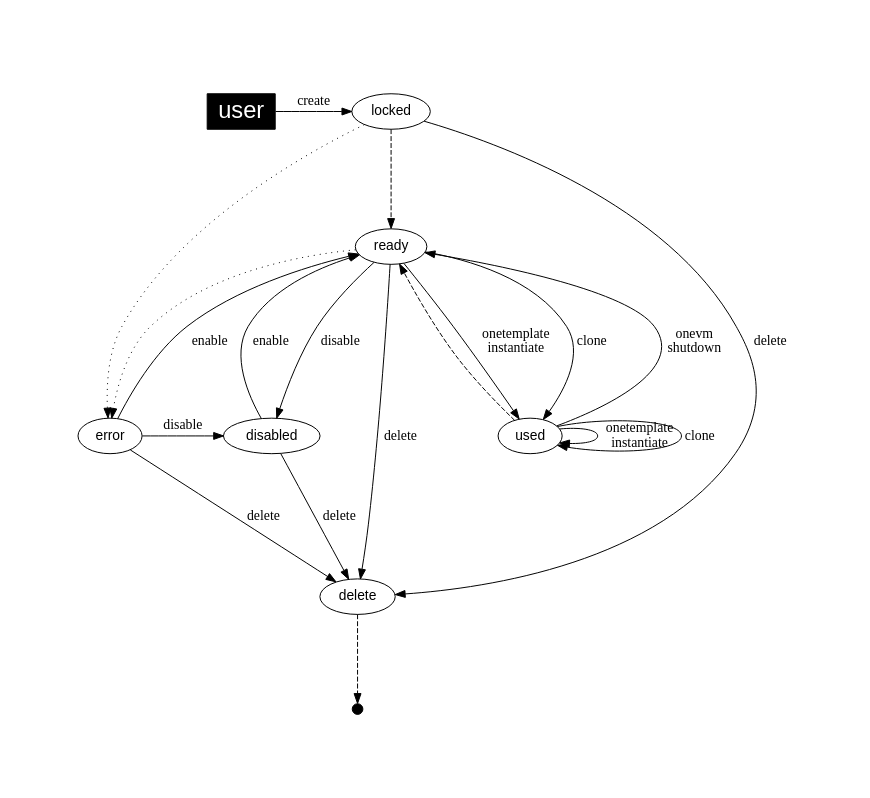
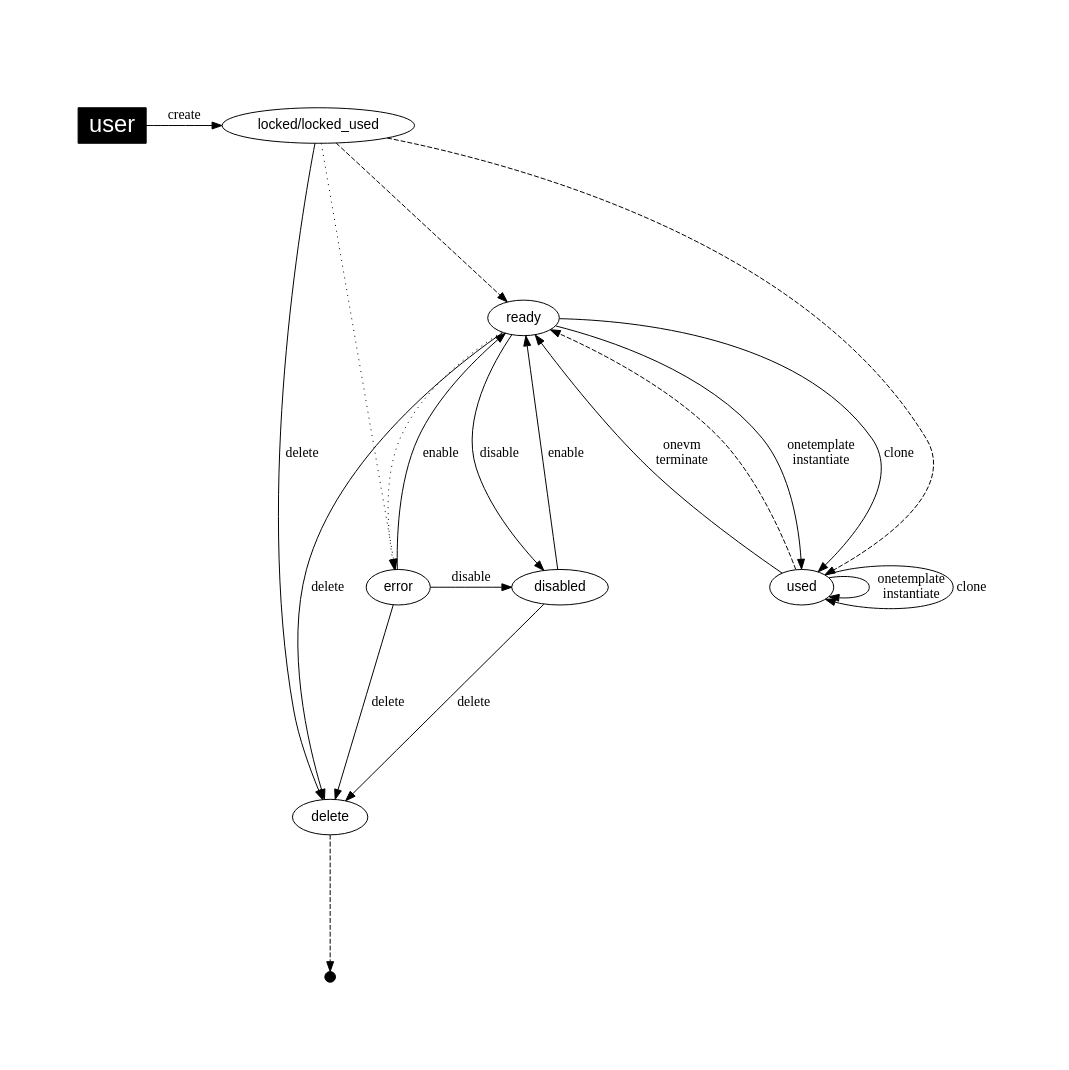
Before and after one commit to OpenNebula/one: the diagram in share/doc/states/image-nonpersistent.dot, drawn with Graphviz. The commit also changed 1 other file, not shown here.

Commit message:
Add locked-used state to image state diagrams

```diff
--- a/share/doc/states/image-nonpersistent.dot
+++ b/share/doc/states/image-nonpersistent.dot
@@ -1,73 +1,74 @@
 
 
 digraph OpenNebula {
     graph [
         nodesep= 0.5,
         ratio=1,
         pad=1,
     ];
 
     node [fontname="Helvetica"];
     edge [fontname="Menlo"];
     
     user [
         fillcolor="black",
         style="filled", shape="box",
         fontcolor="white", fontsize= "24.0"];
 
     end [ width=0.15, height=0.15, shape=point ];
 
 #    subgraph { rank = min; user}
 #    subgraph { rank = same; disabled; locked; color="white"}
 
 #    subgraph { rank = min; user}
 #    subgraph { rank = same; ready; color="white"}
 #    subgraph { rank = same; used; disabled; color="white"}
 #    subgraph { rank = same; delete; error; color="white"}
 #    subgraph { rank = max; end; color="white"}
 
 
-    subgraph { rank = min; user; locked}
+    subgraph { rank = min; user; "locked/locked_used"}
     subgraph { rank = same; ready; color="white"}
 #    subgraph { rank = same; used; color="white"}
     subgraph { rank = same; error; disabled; color="white"}
     subgraph { rank = same; delete; color="white"}
     subgraph { rank = max; end; color="white"}
 
 
 #   create
-    user        -> locked [label="create"];
-    locked      -> ready [style="dashed"];
+    user                  -> "locked/locked_used" [label="create"];
+    "locked/locked_used"  -> ready [style="dashed"];
+    "locked/locked_used"  -> used [style="dashed"];
 
 #   enable & disable
     ready       -> disabled [label="disable"];
     error       -> disabled [label="disable"];
     disabled    -> ready [label="enable"];
     error       -> ready [label="enable"];
 
 #   template instantiate
     ready       -> used [label="onetemplate\ninstantiate"];
-    used        -> ready [label="onevm\nshutdown"];
+    used        -> ready [label="onevm\nterminate"];
 #### ^ persis, v non-persis
     used        -> used [label="onetemplate\ninstantiate"];
 
 #   clone
 #    ready       -> clone [label="clone"];
 #    clone       -> ready [style="dashed"];
 #### ^ persis, v non-persis
     ready       -> used [label="clone"];
     used        -> used [label="clone"];
     used        -> ready [style="dashed"];
 ####
 
 #   delete
-    ready       -> delete [label="delete"];
-    disabled    -> delete [label="delete"];
-    locked      -> delete [label="delete"];
-    error       -> delete [label="delete"];
-    delete      -> end [style="dashed"];
+    ready                 -> delete [label="delete"];
+    disabled              -> delete [label="delete"];
+    "locked/locked_used"  -> delete [label="delete"];
+    error                 -> delete [label="delete"];
+    delete                -> end [style="dashed"];
 
 #   failures and misc.
-    ready       -> error [style="dotted"];
-    locked      -> error [style="dotted"];
+    ready                 -> error [style="dotted"];
+    "locked/locked_used"  -> error [style="dotted"];
 }
```
